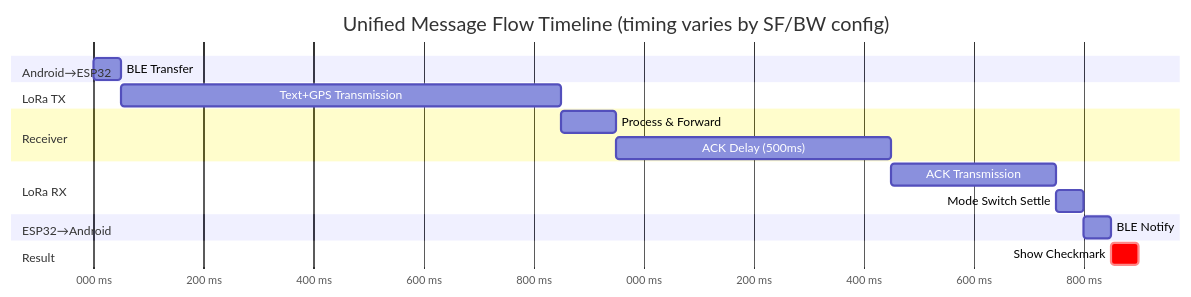
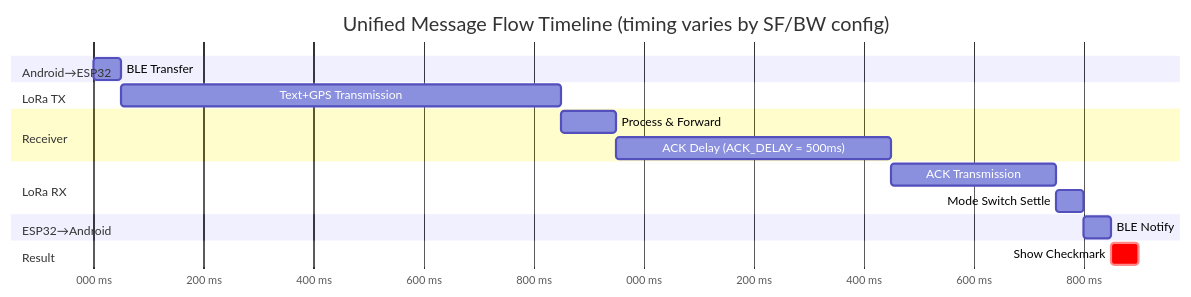
Before and after one commit to psytraxx/android-lora-ble-bridge: the third of 3 diagrams in README.md, drawn with Mermaid. The commit also changed other lines of this file and 17 other files, not shown here.

````diff
--- a/README.md
+++ b/README.md
@@ -234,26 +245,28 @@
 ```mermaid
 gantt
     title Unified Message Flow Timeline (timing varies by SF/BW config)
     dateFormat x
     axisFormat %L ms
 
     section Android→ESP32
     BLE Transfer          :a1, 0, 50
 
     section LoRa TX
     Text+GPS Transmission :a2, 50, 850
 
     section Receiver
     Process & Forward     :a3, 850, 950
-    ACK Delay (500ms)     :a4, 950, 1450
+  ACK Delay (ACK_DELAY = 500ms)     :a4, 950, 1450
+
+  %% WakeUp announcements are intentionally omitted from this timeline; they are only sent on Button or Cold Boot (EXT1/cold), NOT when woken by LoRa (EXT0)
 
     section LoRa RX
     ACK Transmission      :a5, 1450, 1750
     Mode Switch Settle    :a6, 1750, 1800
 
     section ESP32→Android
     BLE Notify            :a7, 1800, 1850
 
     section Result
     Show Checkmark        :crit, a8, 1850, 1900
 ```
````
